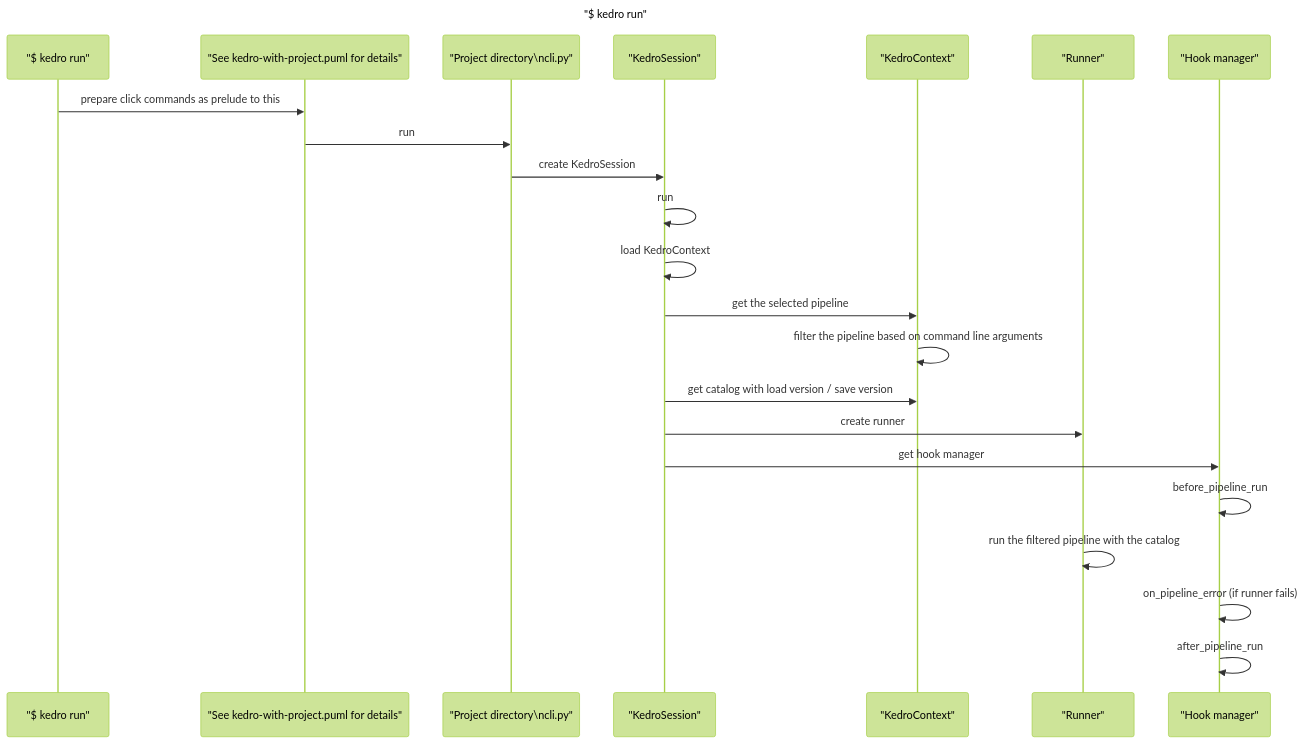
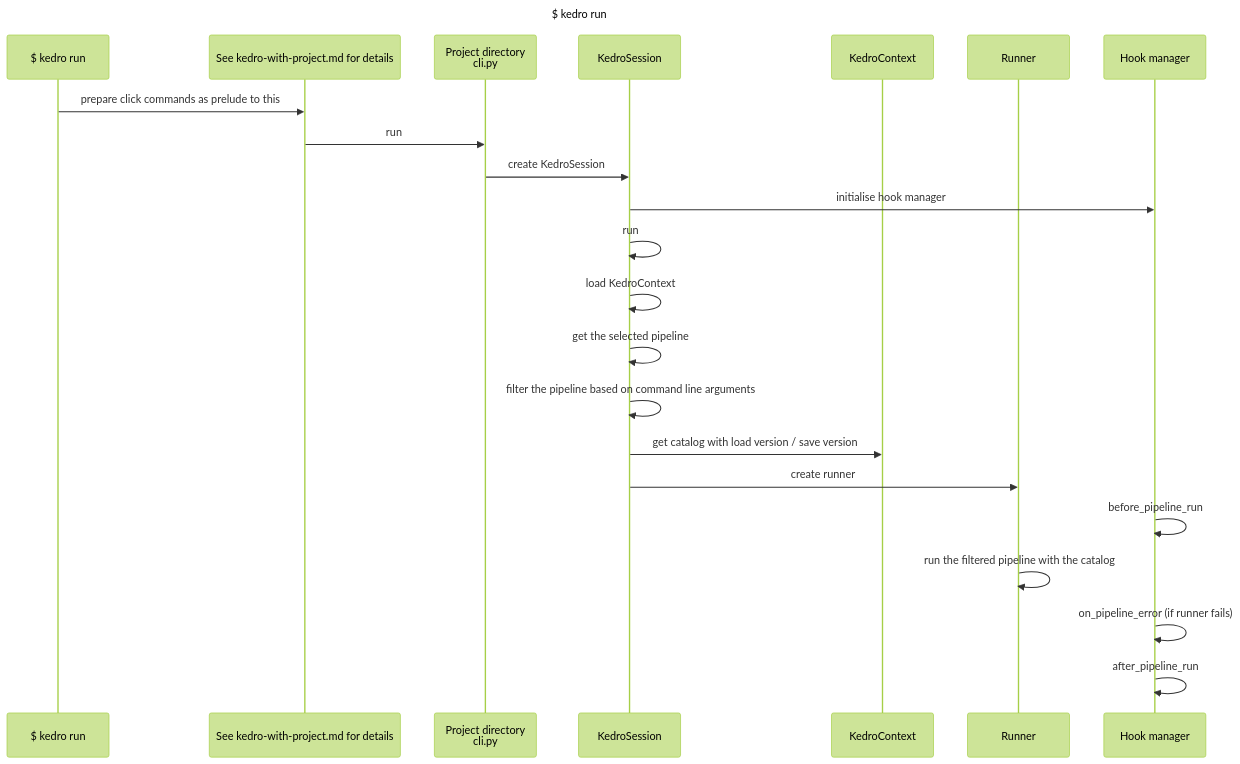
The diagram in docs/diagrams/kedro-run.md (kedro-org/kedro), drawn with Mermaid (forest theme) before and after one commit.

Commit message:
Update diagram kedro run

````diff
--- a/docs/diagrams/kedro-run.md
+++ b/docs/diagrams/kedro-run.md
@@ -1,27 +1,27 @@
 ```mermaid
 sequenceDiagram
-    title "$ kedro run"
+    title $ kedro run
 
-    participant cli as "$ kedro run"
-    participant prelude as "See kedro-with-project.puml for details"
-    participant project_cli as "Project directory\ncli.py"
-    participant session as "KedroSession"
-    participant context as "KedroContext"
-    participant runner as "Runner"
-    participant hooks as "Hook manager"
+    participant cli as $ kedro run
+    participant prelude as See kedro-with-project.md for details
+    participant project_cli as Project directory <br> cli.py
+    participant session as KedroSession
+    participant context as KedroContext
+    participant runner as Runner
+    participant hooks as Hook manager
 
     cli->>prelude: prepare click commands as prelude to this
     prelude->>project_cli: run
     project_cli->>session: create KedroSession
+    session->>hooks: initialise hook manager
     session->>session: run
     session->>session: load KedroContext
-    session->>context: get the selected pipeline
-    context->>context: filter the pipeline based on command line arguments
+    session->>session: get the selected pipeline
+    session->>session: filter the pipeline based on command line arguments
     session->>context: get catalog with load version / save version
     session->>runner: create runner
-    session->>hooks: get hook manager
     hooks->>hooks: before_pipeline_run
     runner->>runner: run the filtered pipeline with the catalog
     hooks->>hooks: on_pipeline_error (if runner fails)
     hooks->>hooks: after_pipeline_run
 ```
````
